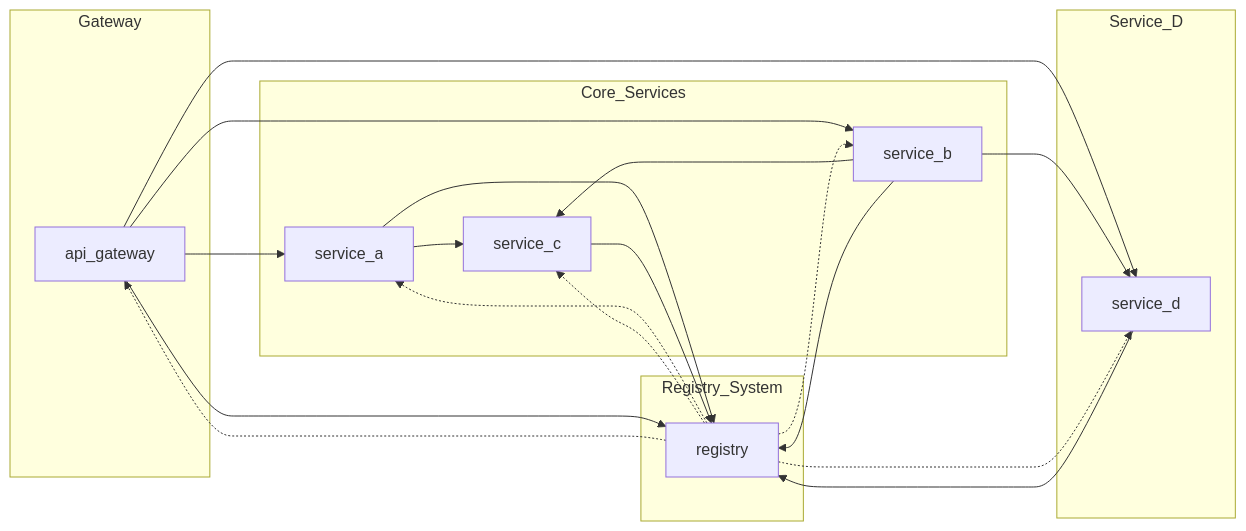
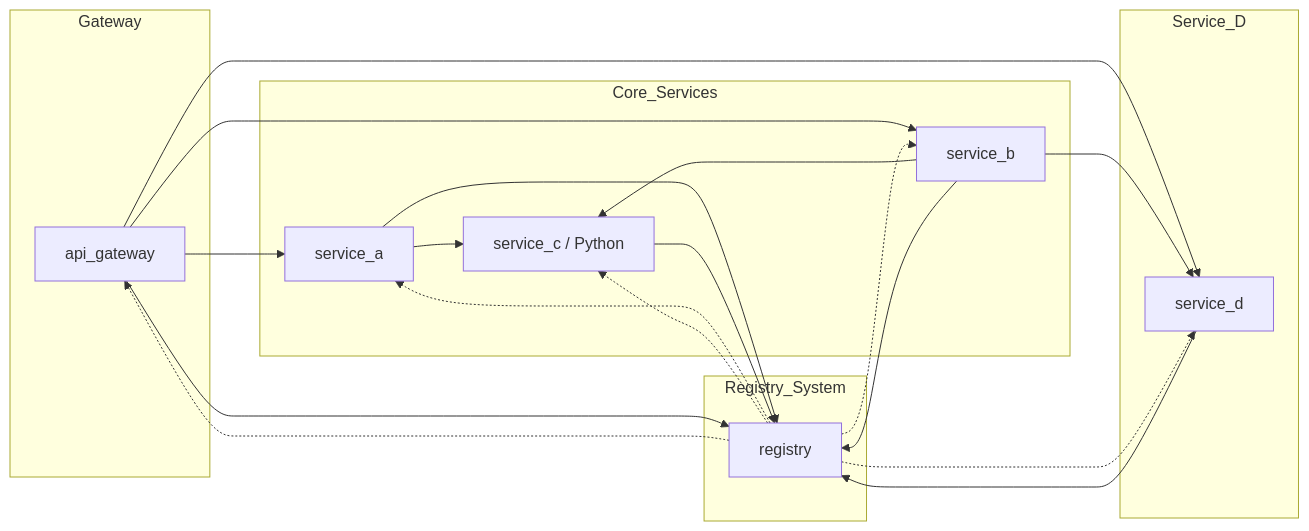
One commit to umass-cs-426/426-scalable-web-systems changed the first of 2 diagrams in code/lp/lp-5.A/deck/slides.md. Above: the diagram before and after it, drawn with Mermaid. The commit also changed other lines of this file, not shown here.

````diff
--- a/code/lp/lp-5.A/deck/slides.md
+++ b/code/lp/lp-5.A/deck/slides.md
@@ -29,41 +58,41 @@
 ```mermaid
 graph LR
   subgraph Gateway
     api_gateway[api_gateway]
   end
 
   subgraph Core_Services
     service_a[service_a]
     service_b[service_b]
-    service_c[service_c]
+    service_c[service_c / Python]
   end
 
   subgraph Service_D
     service_d[service_d]
   end
 
   subgraph Registry_System
     registry[registry]
   end
 
   api_gateway --> service_a
   api_gateway --> service_b
   api_gateway --> service_d
   api_gateway --> registry
 
   service_a --> service_c
   service_a --> registry
 
   service_b --> service_c
   service_b --> service_d
   service_b --> registry
 
   service_c --> registry
   service_d --> registry
 
   registry -.-> api_gateway
   registry -.-> service_a
   registry -.-> service_b
   registry -.-> service_c
   registry -.-> service_d
 ```
````
